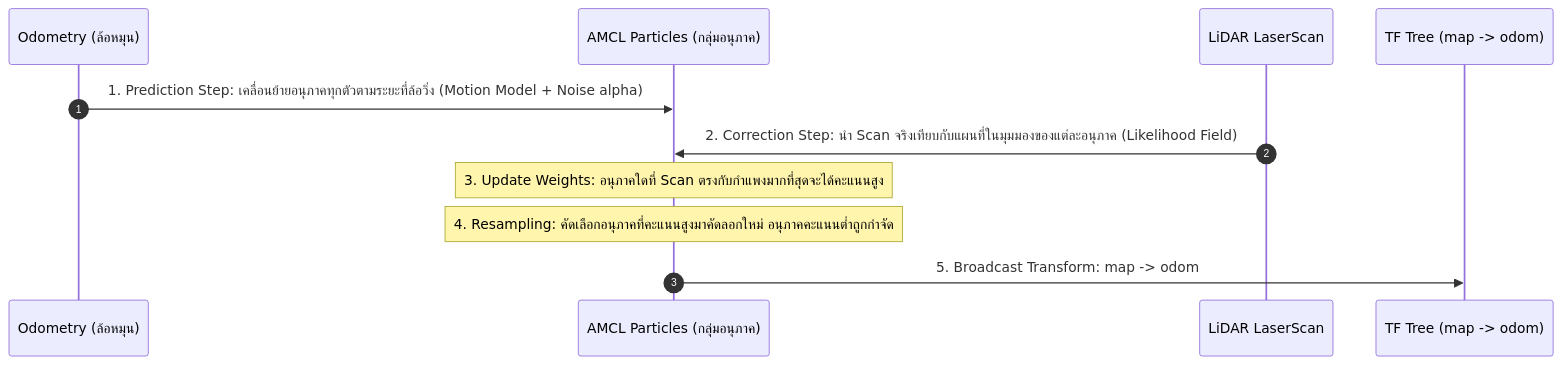
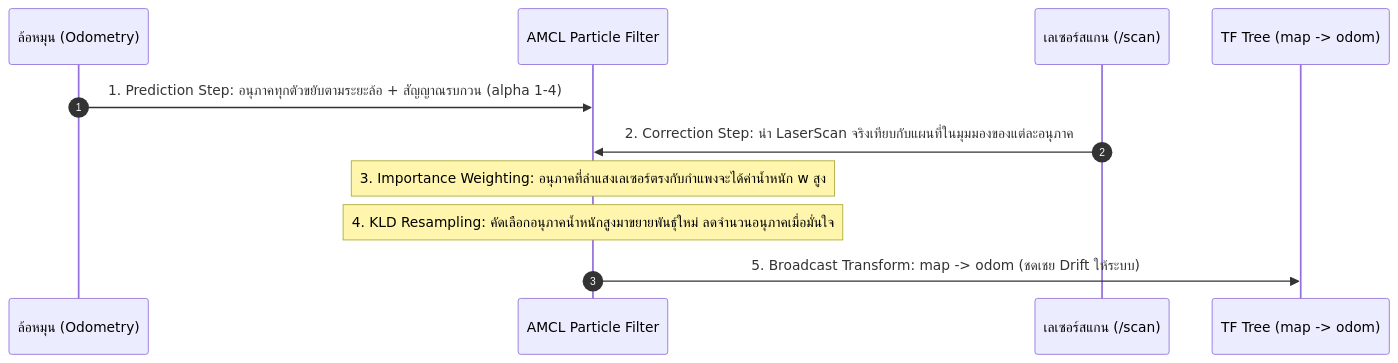
The first of 2 diagrams in Essential_ROS/Week_14_Path_Planning_AMCL/Readme.md (alfaXphoori/ros2), drawn with Mermaid before and after one commit. The commit also changed other lines of this file and 15 other files, not shown here.

````diff
--- a/Essential_ROS/Week_14_Path_Planning_AMCL/Readme.md
+++ b/Essential_ROS/Week_14_Path_Planning_AMCL/Readme.md
@@ -38,14 +33,14 @@
 ```mermaid
 sequenceDiagram
     autonumber
-    participant Wheel as Odometry (ล้อหมุน)
-    participant PF as AMCL Particles (กลุ่มอนุภาค)
-    participant Laser as LiDAR LaserScan
+    participant Encoders as ล้อหมุน (Odometry)
+    participant AMCL as AMCL Particle Filter
+    participant LiDAR as เลเซอร์สแกน (/scan)
     participant TF as TF Tree (map -> odom)
 
-    Wheel->>PF: 1. Prediction Step: เคลื่อนย้ายอนุภาคทุกตัวตามระยะที่ล้อวิ่ง (Motion Model + Noise alpha)
-    Laser->>PF: 2. Correction Step: นำ Scan จริงเทียบกับแผนที่ในมุมมองของแต่ละอนุภาค (Likelihood Field)
-    Note over PF: 3. Update Weights: อนุภาคใดที่ Scan ตรงกับกำแพงมากที่สุดจะได้คะแนนสูง
-    Note over PF: 4. Resampling: คัดเลือกอนุภาคที่คะแนนสูงมาคัดลอกใหม่ อนุภาคคะแนนต่ำถูกกำจัด
-    PF->>TF: 5. Broadcast Transform: map -> odom
+    Encoders->>AMCL: 1. Prediction Step: อนุภาคทุกตัวขยับตามระยะล้อ + สัญญาณรบกวน (alpha 1-4)
+    LiDAR->>AMCL: 2. Correction Step: นำ LaserScan จริงเทียบกับแผนที่ในมุมมองของแต่ละอนุภาค
+    Note over AMCL: 3. Importance Weighting: อนุภาคที่ลำแสงเลเซอร์ตรงกับกำแพงจะได้ค่าน้ำหนัก w สูง
+    Note over AMCL: 4. KLD Resampling: คัดเลือกอนุภาคน้ำหนักสูงมาขยายพันธุ์ใหม่ ลดจำนวนอนุภาคเมื่อมั่นใจ
+    AMCL->>TF: 5. Broadcast Transform: map -> odom (ชดเชย Drift ให้ระบบ)
 ```
````
